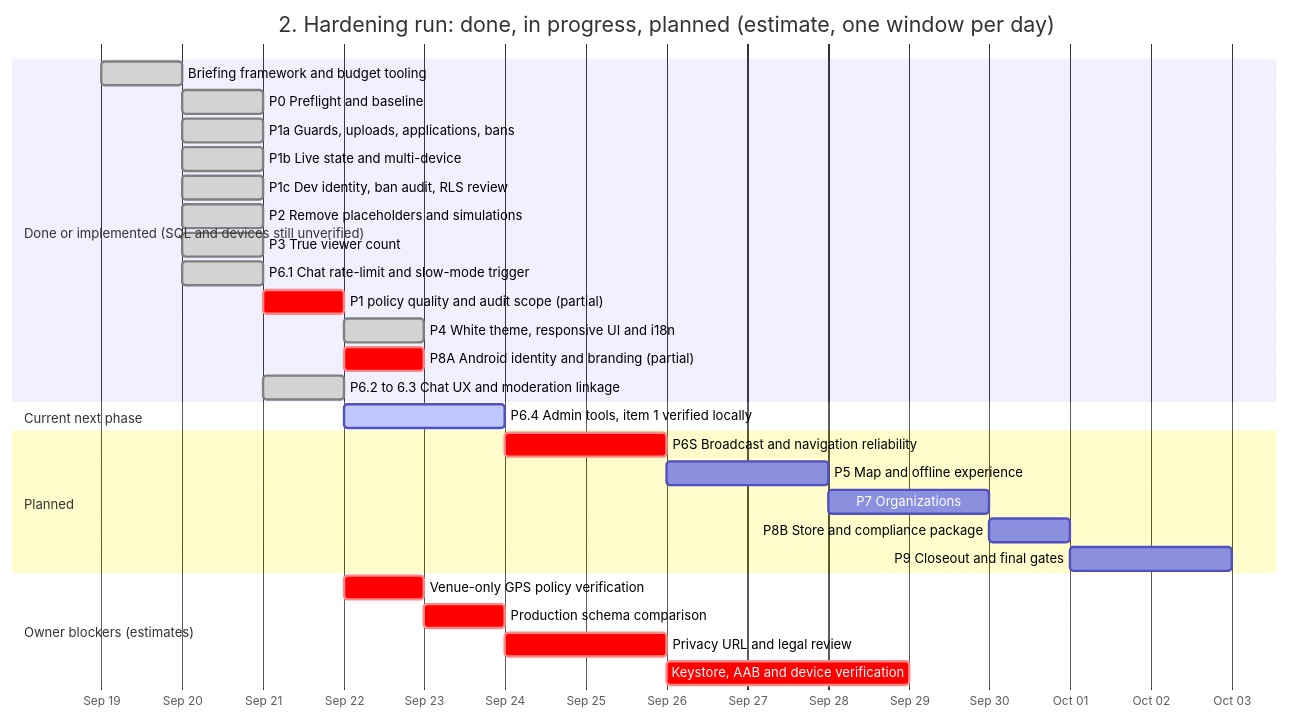
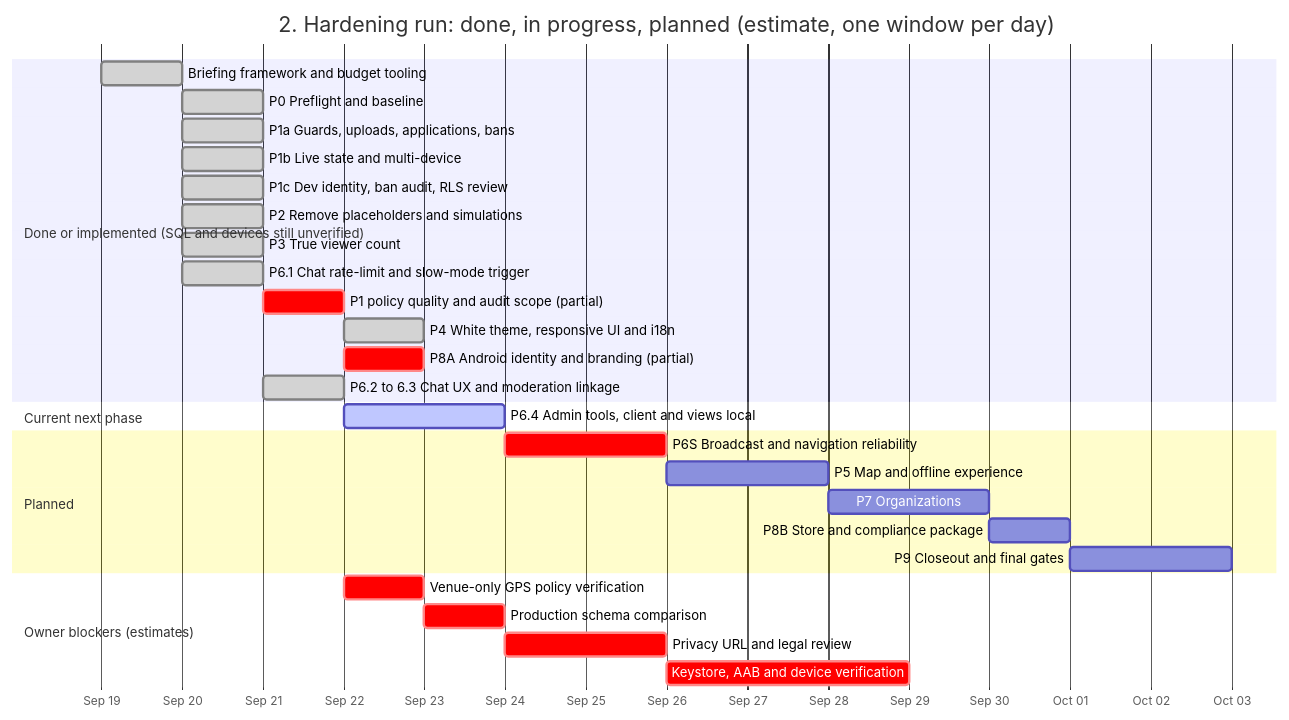
The second of 3 diagrams in Roadmap.md (ameeralhatemi67-debug/Stream_application), drawn with Mermaid before and after one commit. The commit also changed other lines of this file and 4 other files, not shown here.

````diff
--- a/Roadmap.md
+++ b/Roadmap.md
@@ -39,33 +39,33 @@
 ```mermaid
 gantt
     title 2. Hardening run: done, in progress, planned (estimate, one window per day)
     dateFormat  YYYY-MM-DD
     axisFormat  %b %d
     tickInterval 1day
     section Done or implemented (SQL and devices still unverified)
     Briefing framework and budget tooling       :done, brief, 2026-09-19, 2026-09-20
     P0 Preflight and baseline                   :done, p0, 2026-09-20, 1d
     P1a Guards, uploads, applications, bans     :done, p1a, 2026-09-20, 1d
     P1b Live state and multi-device             :done, p1b, 2026-09-20, 1d
     P1c Dev identity, ban audit, RLS review     :done, p1c, 2026-09-20, 2026-09-21
     P2 Remove placeholders and simulations      :done, p2, 2026-09-20, 2026-09-21
     P3 True viewer count                        :done, p3, 2026-09-20, 2026-09-21
     P6.1 Chat rate-limit and slow-mode trigger  :done, p61, 2026-09-20, 2026-09-21
     P1 policy quality and audit scope (partial) :crit, p1d, 2026-09-21, 1d
     P4 White theme, responsive UI and i18n      :done, p4, 2026-09-22, 1d
     P8A Android identity and branding (partial)  :crit, p8a, 2026-09-22, 1d
     P6.2 to 6.3 Chat UX and moderation linkage  :done, p6a, 2026-09-21, 1d
     section Current next phase
-    P6.4 Admin tools, item 1 verified locally    :active, p64, 2026-09-22, 2d
+    P6.4 Admin tools, client and views local     :active, p64, 2026-09-22, 2d
     section Planned
     P6S Broadcast and navigation reliability     :crit, p6s, after p64, 2d
     P5 Map and offline experience                :p5, after p6s, 2d
     P7 Organizations                             :p7, after p5, 2d
     P8B Store and compliance package             :p8b, after p7, 1d
     P9 Closeout and final gates                  :p9, after p8b, 2d
     section Owner blockers (estimates)
     Venue-only GPS policy verification            :crit, gps, 2026-09-22, 1d
     Production schema comparison                 :crit, prod, after gps, 1d
     Privacy URL and legal review                 :crit, legal, after prod, 2d
     Keystore, AAB and device verification        :crit, release, after legal, 3d
 ```
````
